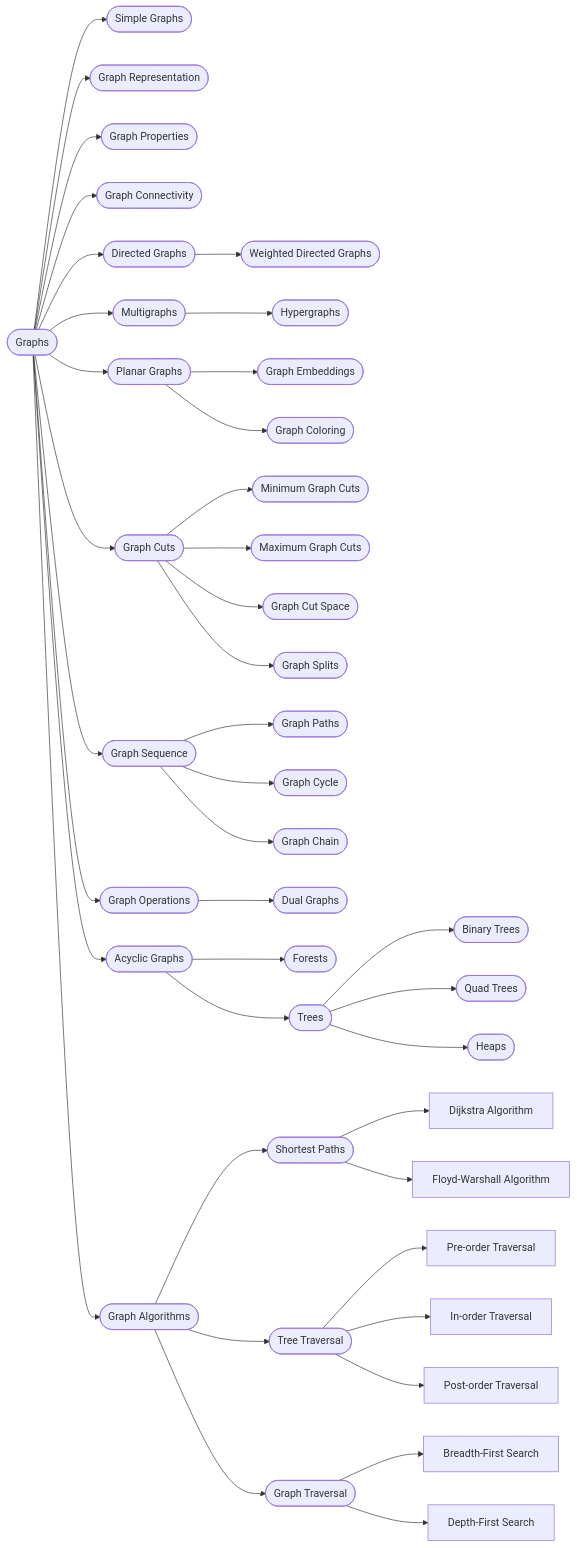
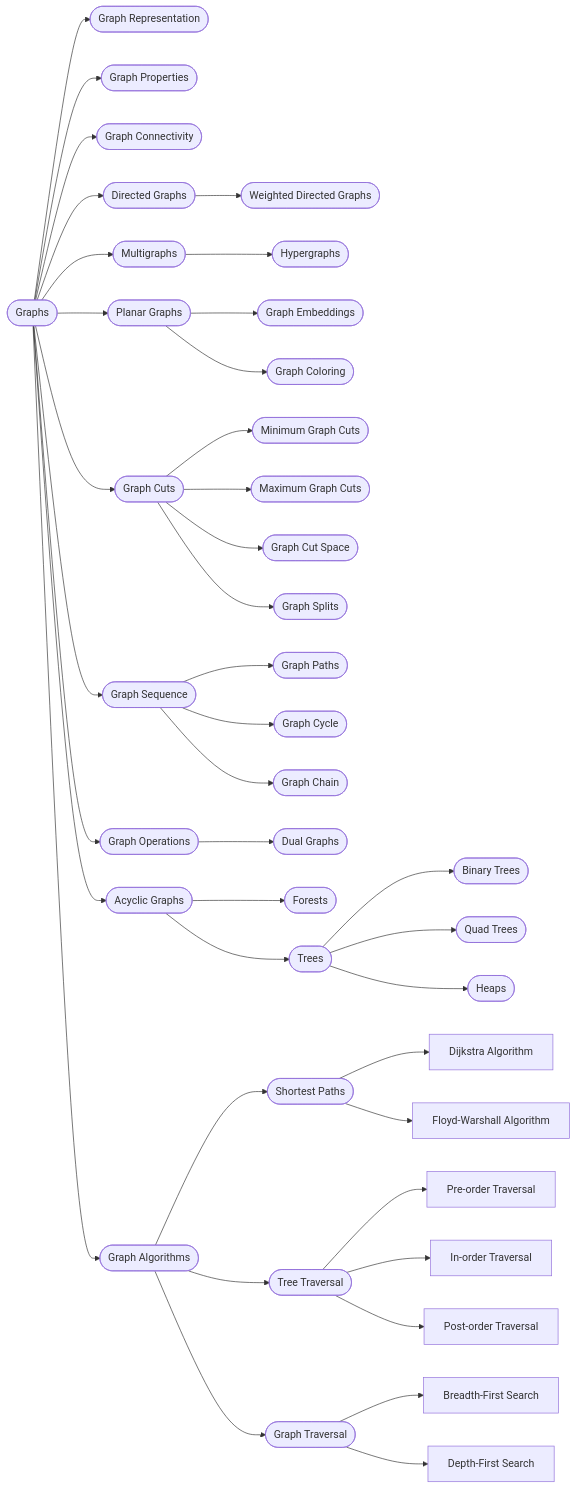
Before and after one commit to qaip/gt: the first of 2 diagrams in README.md, drawn with Mermaid. The commit also changed other lines of this file, not shown here.

````diff
--- a/README.md
+++ b/README.md
@@ -3,57 +3,56 @@
 ```mermaid
 graph LR;
   Graphs([Graphs])
-  Graphs --> Simple_Graphs([Simple Graphs])
   Graphs --> Graph_Representation([Graph Representation])
   Graphs --> Graph_Properties([Graph Properties])
   Graphs --> Graph_Connectivity([Graph Connectivity])
   
   
   Graphs --> Directed_Graphs([Directed Graphs])
   Directed_Graphs --> Weighted_Directed_Graphs([Weighted Directed Graphs])
 
   Graphs --> Multigraphs([Multigraphs])
   Multigraphs --> Hypergraphs([Hypergraphs])
 
 
   Graphs --> Planar_Graphs([Planar Graphs])
   Planar_Graphs --> Graph_Embeddings([Graph Embeddings])
   Planar_Graphs --> Graph_Coloring([Graph Coloring])
 
   Graphs --> Graph_Cuts([Graph Cuts])
   Graph_Cuts --> Minimum_Graph_Cuts([Minimum Graph Cuts])
   Graph_Cuts --> Maximum_Graph_Cuts([Maximum Graph Cuts])
   Graph_Cuts --> Graph_Cut_Space([Graph Cut Space])
   Graph_Cuts --> Graph_Splits([Graph Splits])
   
   Graphs --> Graph_Sequence([Graph Sequence])
   Graph_Sequence --> Graph_Paths([Graph Paths])
   Graph_Sequence --> Graph_Cycle([Graph Cycle])
   Graph_Sequence --> Graph_Chain([Graph Chain])
   
   Graphs --> Graph_Operations([Graph Operations])
   Graph_Operations --> Dual_Graphs([Dual Graphs])
   
   Graphs --> Acyclic_Graphs([Acyclic Graphs])
   Acyclic_Graphs --> Forests([Forests])
   Acyclic_Graphs --> Trees([Trees])
  
   Trees --> Binary_Trees([Binary Trees])
   Trees --> Quad_Trees([Quad Trees])
   Trees --> Heaps([Heaps])
 
   Graphs --> Graph_Algorithms([Graph Algorithms])
   Graph_Algorithms --> Shortest_Paths([Shortest Paths])
   Graph_Algorithms --> Tree_Traversal([Tree Traversal])
   Graph_Algorithms --> Graph_Traversal([Graph Traversal])
 
   Shortest_Paths --> Dijkstra_Algorithm[Dijkstra Algorithm]
   Shortest_Paths --> Floyd_Warshall_Algorithm[Floyd-Warshall Algorithm]
 
   Tree_Traversal --> Pre_order_Traversal[Pre-order Traversal]
   Tree_Traversal --> In_order_Traversal[In-order Traversal]
   Tree_Traversal --> Post_order_Traversal[Post-order Traversal]
 
   Graph_Traversal --> Breadth_First_Search[Breadth-First Search]
   Graph_Traversal --> Depth_First_Search[Depth-First Search]
 ```
````
